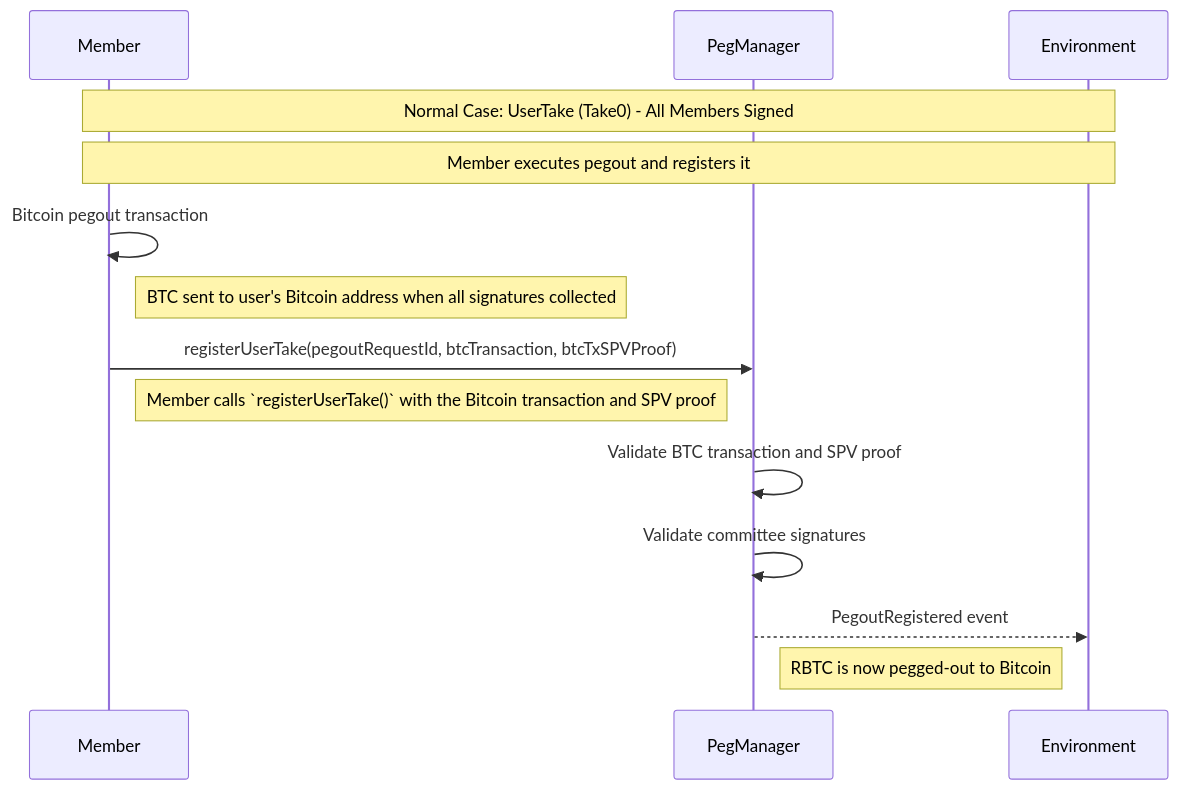
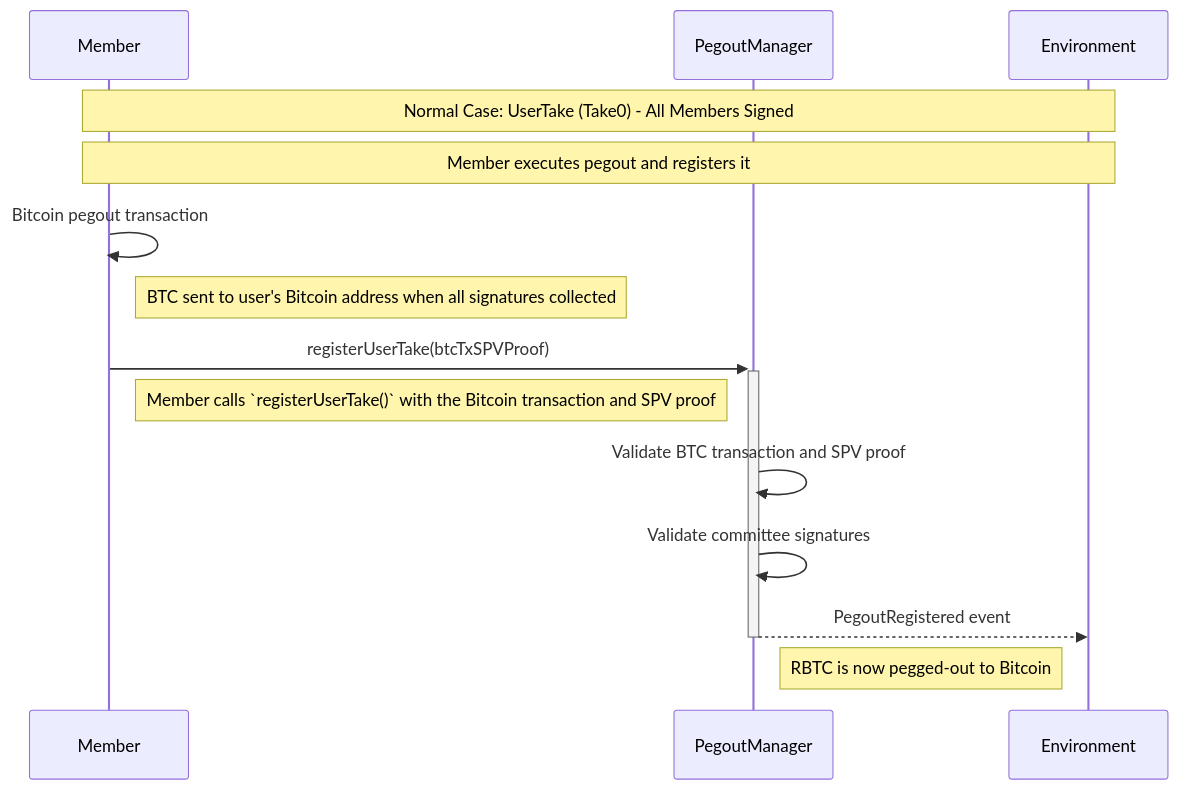
The tenth of 12 diagrams in docs/src/README.md (rsksmart/union-bridge-contracts), drawn with Mermaid before and after one commit. The commit also changed other lines of this file and 95 other files, not shown here.

````diff
--- a/docs/src/README.md
+++ b/docs/src/README.md
@@ -331,19 +613,19 @@
 ```mermaid
 sequenceDiagram
     participant M as Member
-    participant PM as PegManager
+    participant POM as PegoutManager
     participant ENV as Environment
 
     Note over M,ENV: Normal Case: UserTake (Take0) - All Members Signed
     Note over M,ENV: Member executes pegout and registers it
 
     M->>M: Bitcoin pegout transaction
     Note right of M: BTC sent to user's Bitcoin address when all signatures collected
 
-    M->>PM: registerUserTake(pegoutRequestId, btcTransaction, btcTxSPVProof)
+    M->>+POM: registerUserTake(btcTxSPVProof)
     Note right of M: Member calls `registerUserTake()` with the Bitcoin transaction and SPV proof
-    PM->>PM: Validate BTC transaction and SPV proof
-    PM->>PM: Validate committee signatures
-    PM-->>ENV: PegoutRegistered event
-    Note right of PM: RBTC is now pegged-out to Bitcoin
+    POM->>POM: Validate BTC transaction and SPV proof
+    POM->>POM: Validate committee signatures
+    POM-->>-ENV: PegoutRegistered event
+    Note right of POM: RBTC is now pegged-out to Bitcoin
 ```
````
